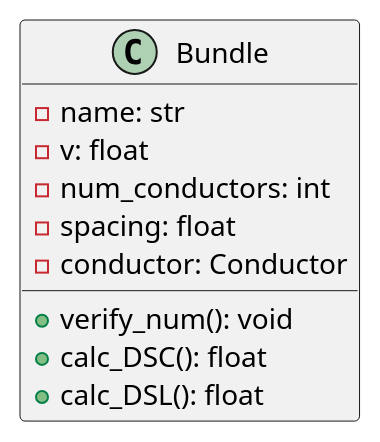
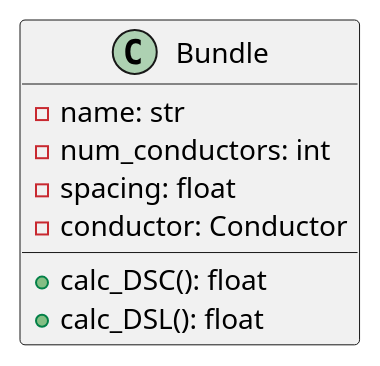
Before and after one commit to JLipnerPitt/ECE2774-ADV-POWER-SYSTEMS-ANALYSIS: the first of 19 diagrams in project2.plantuml, drawn with PlantUML. The commit also changed other lines of this file and 1 other file, not shown here.

Commit message:
Updated plantuml diagrams

```diff
--- a/project2.plantuml
+++ b/project2.plantuml
@@ -1,13 +1,10 @@
 @startuml Bundle
 class Bundle {
     -name: str
-    -v: float
     -num_conductors: int
     -spacing: float
     -conductor: Conductor
-
-    +verify_num(): void
     +calc_DSC(): float
     +calc_DSL(): float
 }
 @enduml
```
